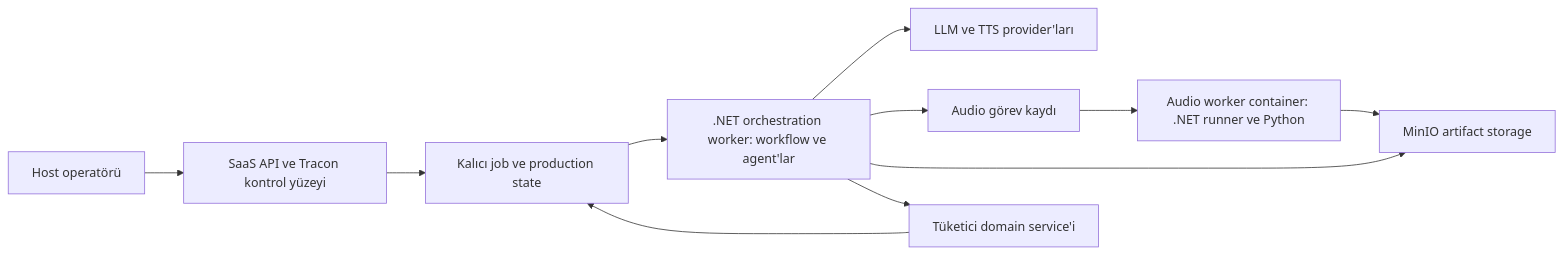
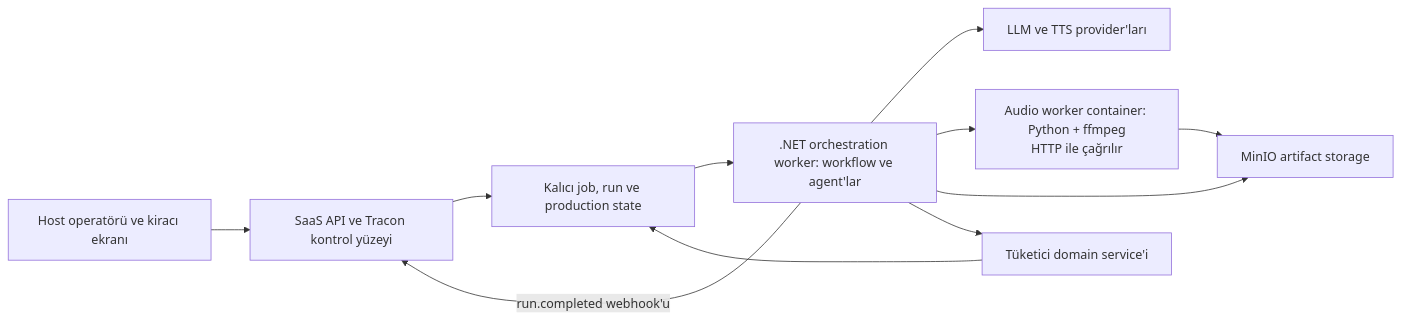
The second of 2 diagrams in docs/arsiv/incelemeler/2026-10-11-podcast-tuketici-uyum-raporu.md (farukatasoy/Tracon), drawn with Mermaid before and after one commit. The commit also changed other lines of this file and 19 other files, not shown here.

````diff
--- a/docs/arsiv/incelemeler/2026-10-11-podcast-tuketici-uyum-raporu.md
+++ b/docs/arsiv/incelemeler/2026-10-11-podcast-tuketici-uyum-raporu.md
@@ -181,13 +312,13 @@
 ```mermaid
 flowchart LR
-    OPS["Host operatörü"] --> API["SaaS API ve Tracon kontrol yüzeyi"]
-    API --> DB["Kalıcı job ve production state"]
+    OPS["Host operatörü ve kiracı ekranı"] --> API["SaaS API ve Tracon kontrol yüzeyi"]
+    API --> DB["Kalıcı job, run ve production state"]
     DB --> ORCH[".NET orchestration worker: workflow ve agent'lar"]
     ORCH --> PROVIDERS["LLM ve TTS provider'ları"]
-    ORCH --> AUDIOJOB["Audio görev kaydı"]
-    AUDIOJOB --> AUDIO["Audio worker container: .NET runner ve Python"]
+    ORCH --> AUDIO["Audio worker container: Python + ffmpeg<br/>HTTP ile çağrılır"]
     ORCH --> MINIO["MinIO artifact storage"]
     AUDIO --> MINIO
     ORCH --> DOMAIN["Tüketici domain service'i"]
     DOMAIN --> DB
+    ORCH -->|"run.completed webhook'u"| API
 ```
````
